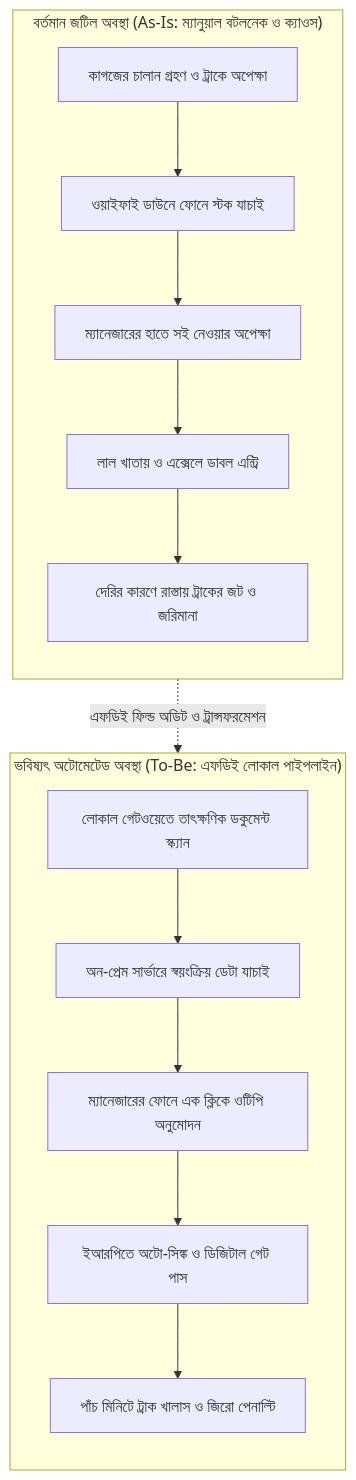
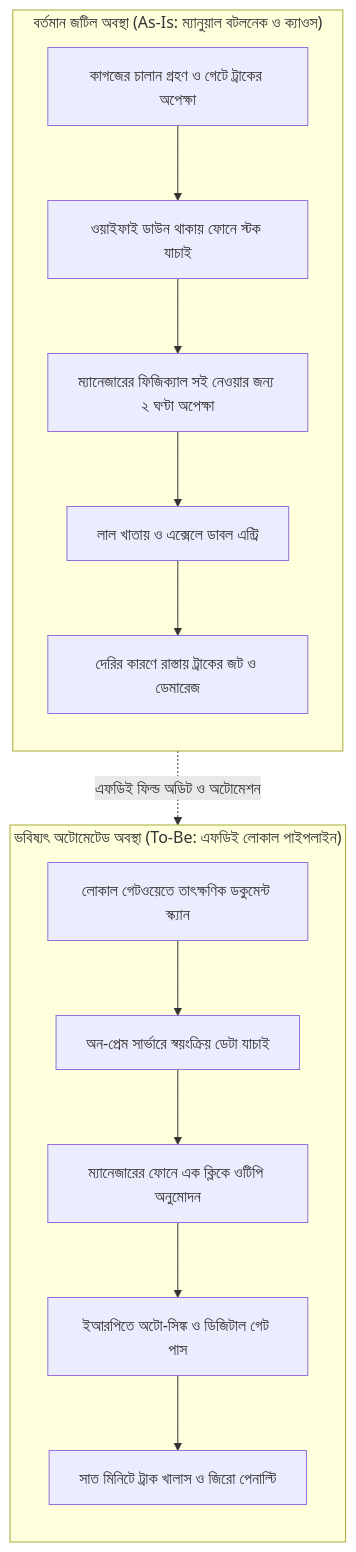
One commit to aiwithr/fde_book changed the diagram in docs/chapter-1/index.md. Above: the diagram before and after it, drawn with Mermaid. The commit also changed other lines of this file and 9 other files, not shown here.

````diff
--- a/docs/chapter-1/index.md
+++ b/docs/chapter-1/index.md
@@ -102,20 +93,20 @@
 ```mermaid
 flowchart TD
     subgraph AsIs["বর্তমান জটিল অবস্থা (As-Is: ম্যানুয়াল বটলনেক ও ক্যাওস)"]
         direction TB
-        A1["কাগজের চালান গ্রহণ ও ট্রাকে অপেক্ষা"] --> A2["ওয়াইফাই ডাউনে ফোনে স্টক যাচাই"]
-        A2 --> A3["ম্যানেজারের হাতে সই নেওয়ার অপেক্ষা"]
+        A1["কাগজের চালান গ্রহণ ও গেটে ট্রাকের অপেক্ষা"] --> A2["ওয়াইফাই ডাউন থাকায় ফোনে স্টক যাচাই"]
+        A2 --> A3["ম্যানেজারের ফিজিক্যাল সই নেওয়ার জন্য ২ ঘণ্টা অপেক্ষা"]
         A3 --> A4["লাল খাতায় ও এক্সেলে ডাবল এন্ট্রি"]
-        A4 --> A5["দেরির কারণে রাস্তায় ট্রাকের জট ও জরিমানা"]
+        A4 --> A5["দেরির কারণে রাস্তায় ট্রাকের জট ও ডেমারেজ"]
     end
 
     subgraph ToBe["ভবিষ্যৎ অটোমেটেড অবস্থা (To-Be: এফডিই লোকাল পাইপলাইন)"]
         direction TB
         B1["লোকাল গেটওয়েতে তাৎক্ষণিক ডকুমেন্ট স্ক্যান"] --> B2["অন-প্রেম সার্ভারে স্বয়ংক্রিয় ডেটা যাচাই"]
         B2 --> B3["ম্যানেজারের ফোনে এক ক্লিকে ওটিপি অনুমোদন"]
         B3 --> B4["ইআরপিতে অটো-সিঙ্ক ও ডিজিটাল গেট পাস"]
-        B4 --> B5["পাঁচ মিনিটে ট্রাক খালাস ও জিরো পেনাল্টি"]
+        B4 --> B5["সাত মিনিটে ট্রাক খালাস ও জিরো পেনাল্টি"]
     end
 
-    AsIs -.->|"এফডিই ফিল্ড অডিট ও ট্রান্সফরমেশন"| ToBe
+    AsIs -.->|"এফডিই ফিল্ড অডিট ও অটোমেশন"| ToBe
 ```
````
